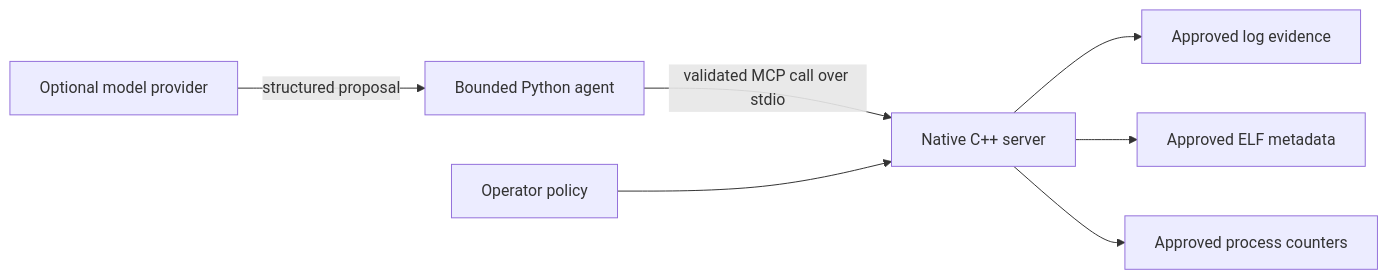
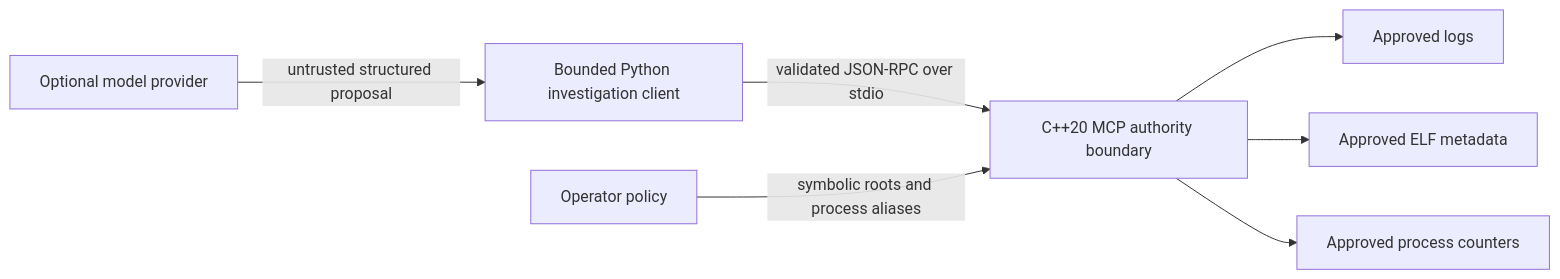
One commit to kabbersokhi-boop/native-mcp-sandbox changed the diagram in README.md. Above: the diagram before and after it, drawn with Mermaid. The commit also changed other lines of this file, not shown here.

````diff
--- a/README.md
+++ b/README.md
@@ -44,9 +41,17 @@
-```mermaid
+~~~mermaid
 flowchart LR
-    P[Optional model provider] -->|structured proposal| A[Bounded Python agent]
-    A -->|validated MCP call over stdio| S[Native C++ server]
-    O[Operator policy] --> S
-    S --> L[Approved log evidence]
-    S --> E[Approved ELF metadata]
-    S --> M[Approved process counters]
-```
+    P[Optional model provider]
+    A[Bounded Python investigation client]
+    S[C++20 MCP authority boundary]
+    O[Operator policy]
+    L[Approved logs]
+    E[Approved ELF metadata]
+    M[Approved process counters]
+
+    P -->|untrusted structured proposal| A
+    A -->|validated JSON-RPC over stdio| S
+    O -->|symbolic roots and process aliases| S
+    S --> L
+    S --> E
+    S --> M
+~~~
````
